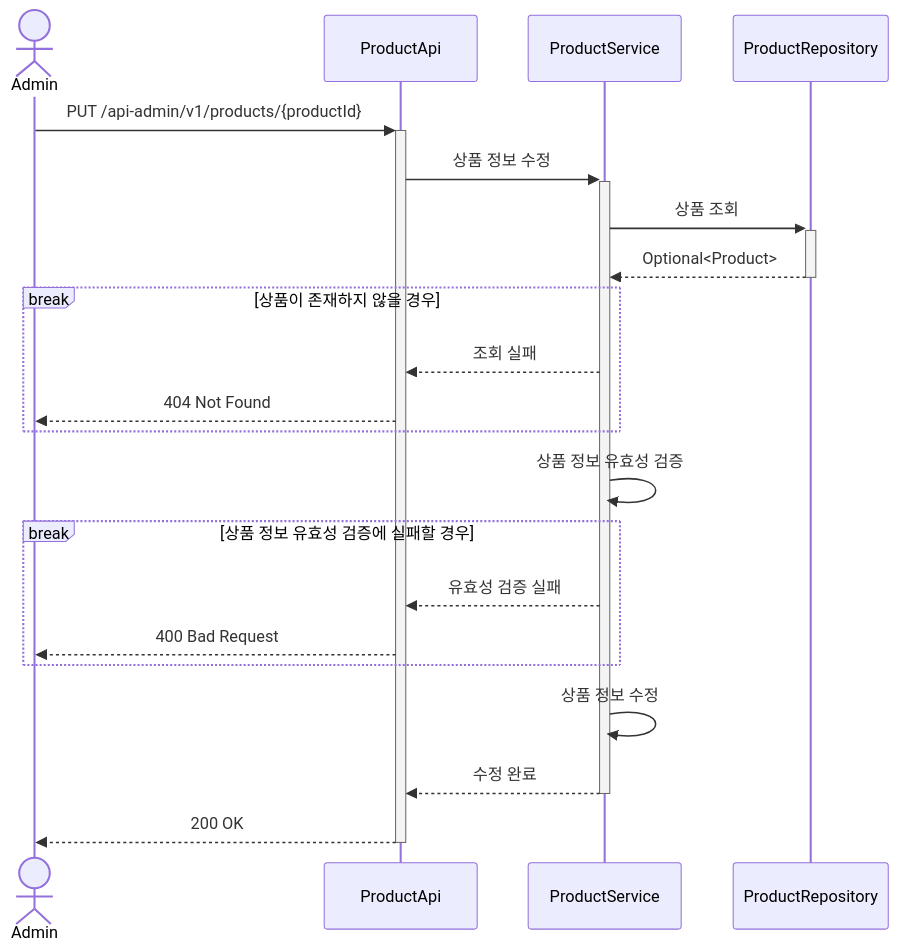
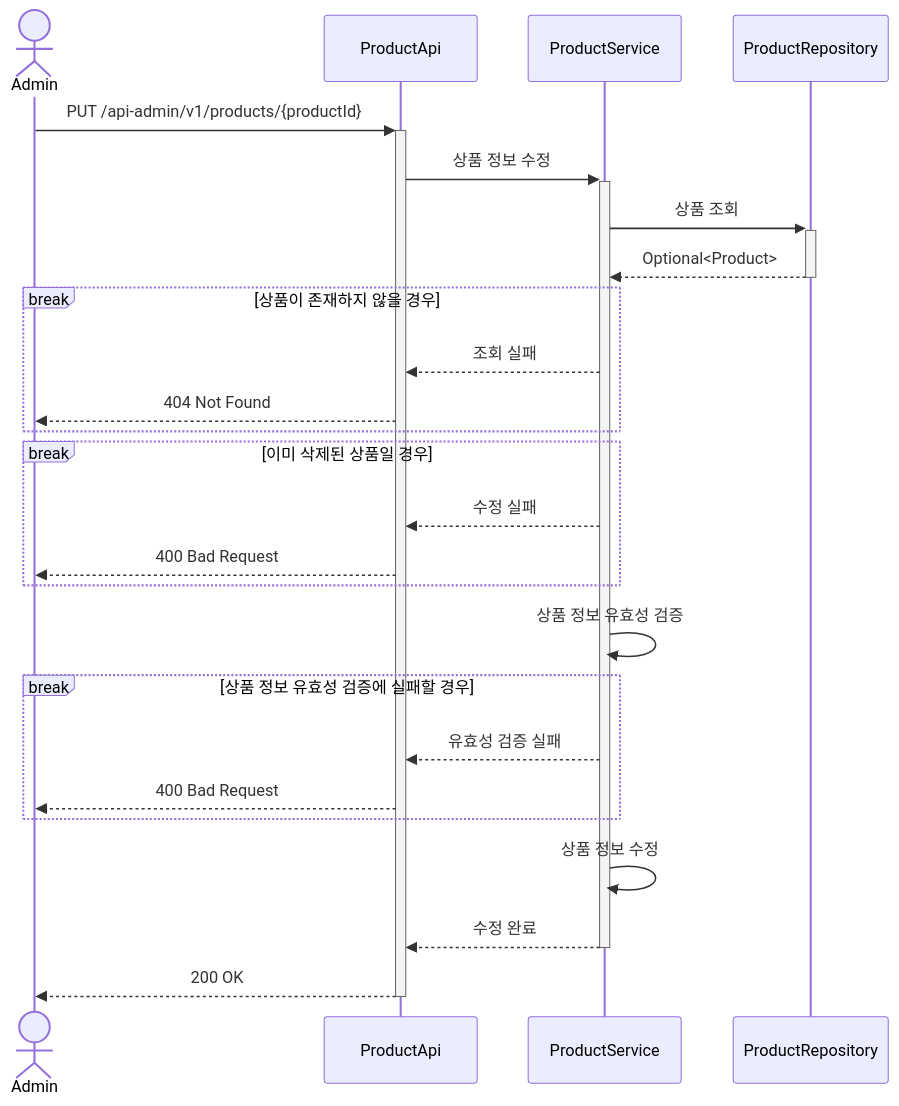
One commit to Loopers-dev-lab/loop-pack-be-l2-vol3-java changed diagram 12 of 23 in .docs/design/02-sequence-diagrams.md. Above: the diagram before and after it, drawn with Mermaid. The commit also changed other lines of this file and 16 other files, not shown here.

````diff
--- a/.docs/design/02-sequence-diagrams.md
+++ b/.docs/design/02-sequence-diagrams.md
@@ -390,28 +390,33 @@
 ```mermaid
 sequenceDiagram
     actor Admin
     participant ProductApi
     participant ProductService
     participant ProductRepository
 
     Admin ->>+ ProductApi: PUT /api-admin/v1/products/{productId}
     ProductApi ->>+ ProductService: 상품 정보 수정
     ProductService ->>+ ProductRepository: 상품 조회
     ProductRepository -->>- ProductService: Optional<Product>
 
     break 상품이 존재하지 않을 경우
         ProductService -->> ProductApi: 조회 실패
         ProductApi -->> Admin: 404 Not Found
     end
 
+    break 이미 삭제된 상품일 경우
+        ProductService -->> ProductApi: 수정 실패
+        ProductApi -->> Admin: 400 Bad Request
+    end
+
     ProductService ->> ProductService: 상품 정보 유효성 검증
 
     break 상품 정보 유효성 검증에 실패할 경우
         ProductService -->> ProductApi: 유효성 검증 실패
         ProductApi -->> Admin: 400 Bad Request
     end
 
     ProductService ->> ProductService: 상품 정보 수정
     ProductService -->>- ProductApi: 수정 완료
     ProductApi -->>- Admin: 200 OK
 ```
````
